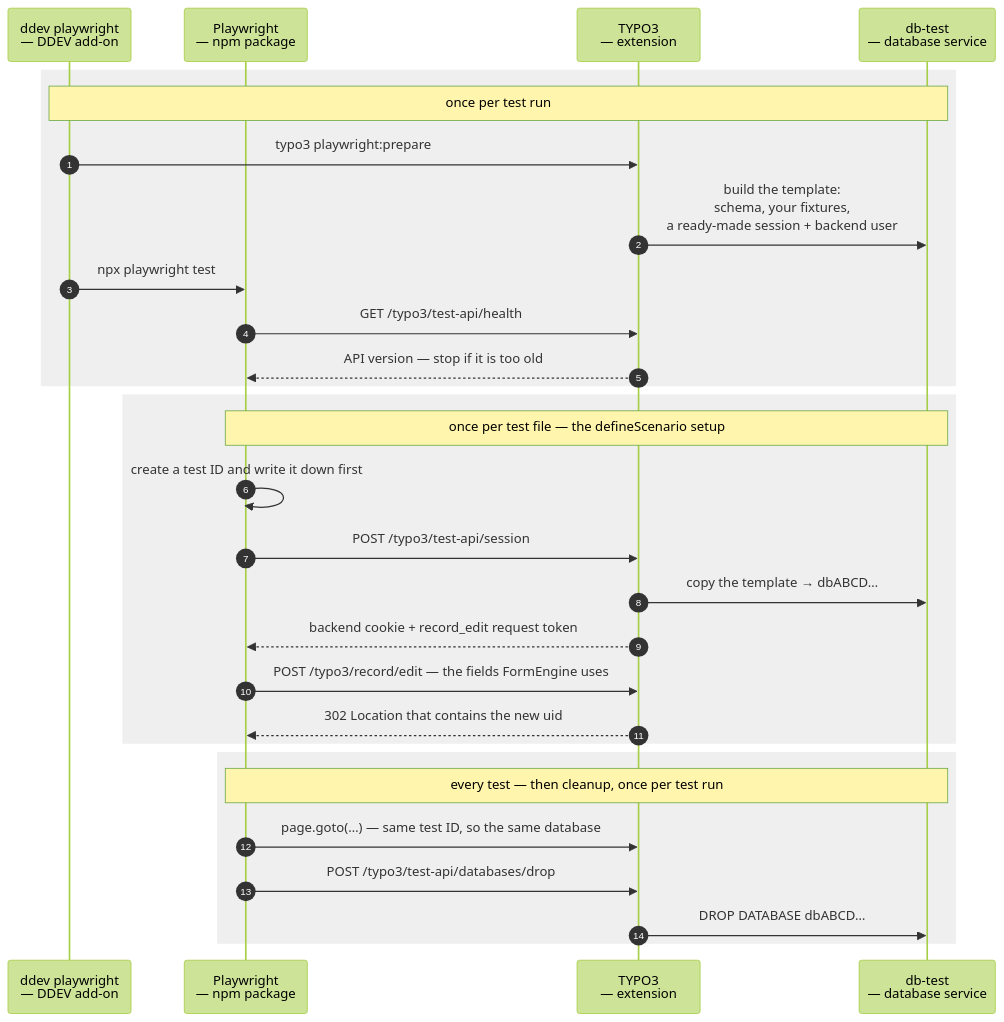
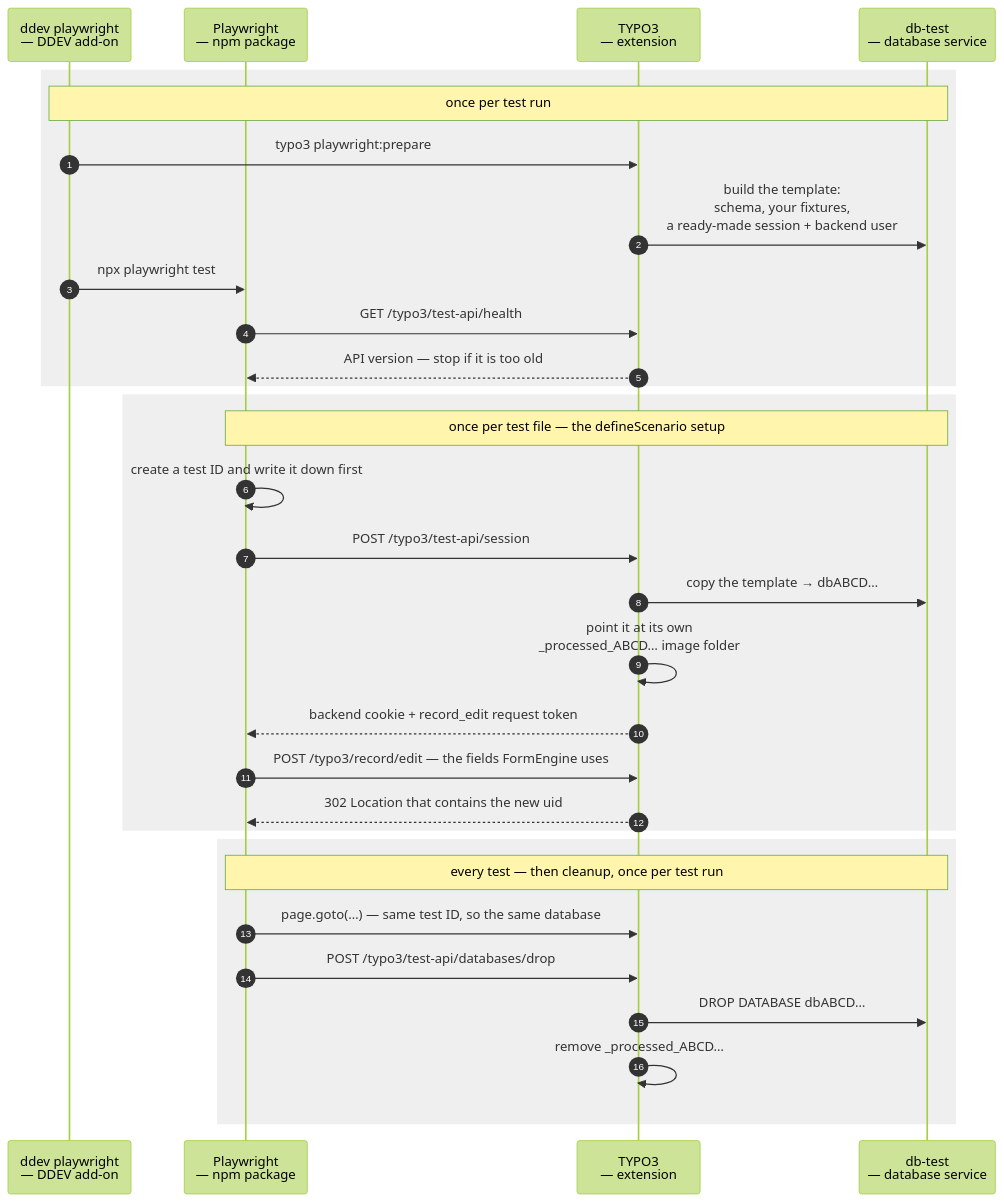
One commit to plan2net/typo3-playwright-toolkit changed the second of 2 diagrams in README.md. Above: the diagram before and after it, drawn with Mermaid (forest theme).

Commit message:
Show the per-test image folder in the test run diagram

````diff
--- a/README.md
+++ b/README.md
@@ -62,34 +62,36 @@
 ```mermaid
 sequenceDiagram
     autonumber
     participant CLI as ddev playwright<br>— DDEV add-on
     participant PW as Playwright<br>— npm package
     participant EXT as TYPO3<br>— extension
     participant DB as db-test<br>— database service
 
     rect rgba(127,127,127,0.12)
         note over CLI,DB: once per test run
         CLI->>EXT: typo3 playwright:prepare
         EXT->>DB: build the template:<br>schema, your fixtures,<br>a ready-made session + backend user
         CLI->>PW: npx playwright test
         PW->>EXT: GET /typo3/test-api/health
         EXT-->>PW: API version — stop if it is too old
     end
 
     rect rgba(127,127,127,0.12)
         note over PW,DB: once per test file — the defineScenario setup
         PW->>PW: create a test ID and write it down first
         PW->>EXT: POST /typo3/test-api/session
         EXT->>DB: copy the template → dbABCD…
+        EXT->>EXT: point it at its own<br>_processed_ABCD… image folder
         EXT-->>PW: backend cookie + record_edit request token
         PW->>EXT: POST /typo3/record/edit — the fields FormEngine uses
         EXT-->>PW: 302 Location that contains the new uid
     end
 
     rect rgba(127,127,127,0.12)
         note over PW,DB: every test — then cleanup, once per test run
         PW->>EXT: page.goto(…) — same test ID, so the same database
         PW->>EXT: POST /typo3/test-api/databases/drop
         EXT->>DB: DROP DATABASE dbABCD…
+        EXT->>EXT: remove _processed_ABCD…
     end
 ```
````
